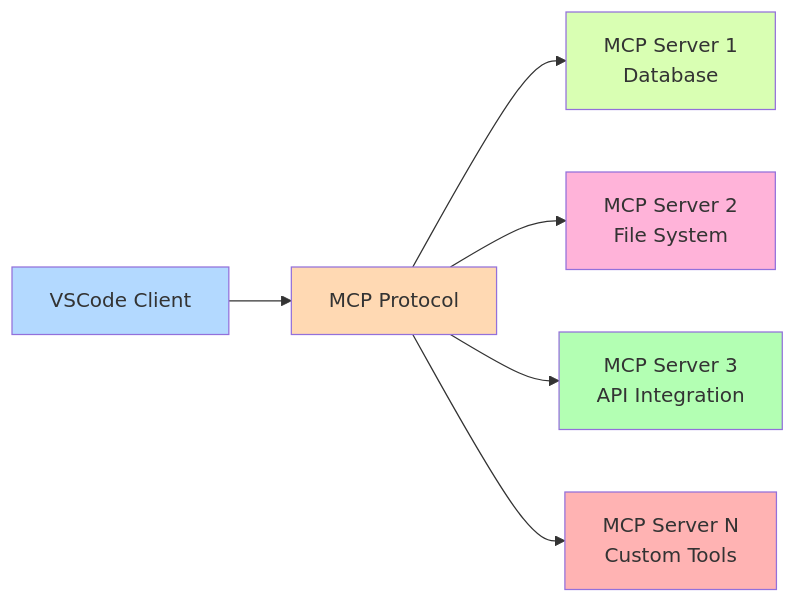
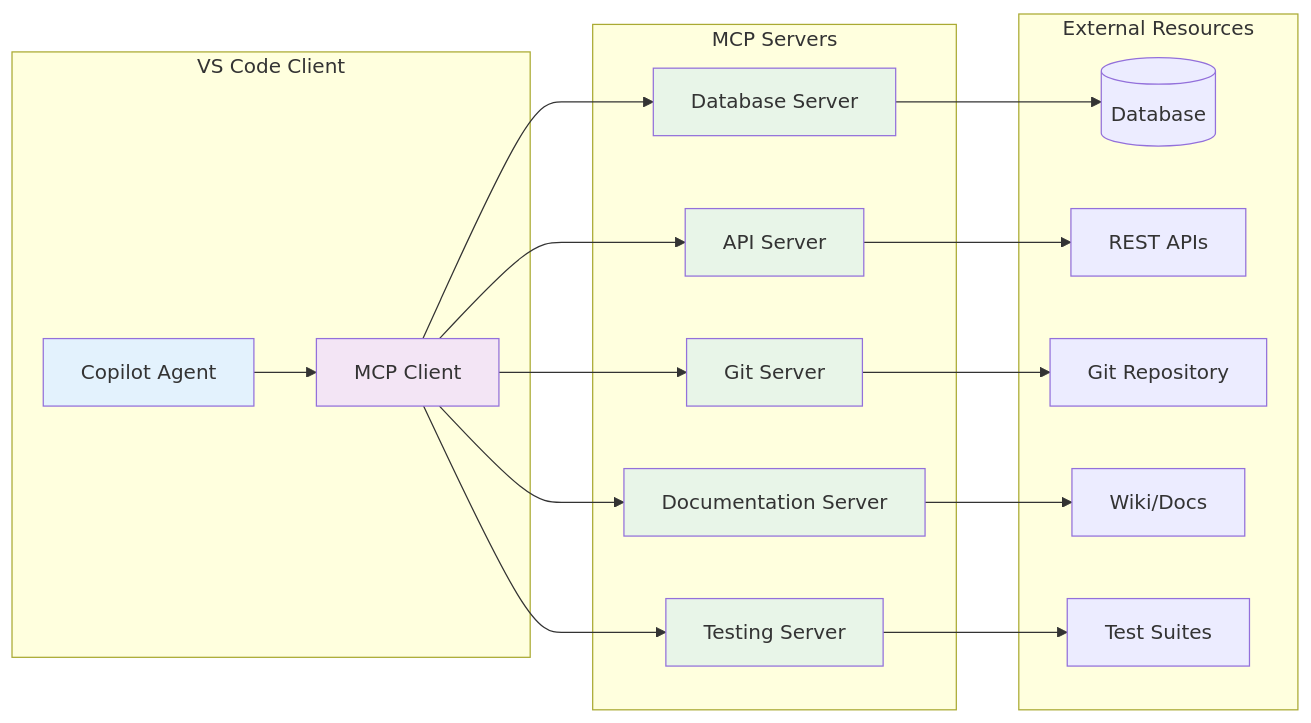
Before and after one commit to raphaelmansuy/tutorials: the sixth of 11 diagrams in 17_intent_based_dev_vs_code_copilot.md, drawn with Mermaid. The commit also changed other lines of this file, not shown here.

````diff
--- a/17_intent_based_dev_vs_code_copilot.md
+++ b/17_intent_based_dev_vs_code_copilot.md
@@ -171,15 +353,36 @@
 ```mermaid
 graph LR
-    A[VSCode Client] --> B[MCP Protocol]
-    B --> C[MCP Server 1<br/>Database]
-    B --> D[MCP Server 2<br/>File System]
-    B --> E[MCP Server 3<br/>API Integration]
-    B --> F[MCP Server N<br/>Custom Tools]
+    subgraph "VS Code Client"
+        A[Copilot Agent] --> B[MCP Client]
+    end
     
-    style A fill:#b3d9ff
-    style B fill:#ffd9b3
-    style C fill:#d9ffb3
-    style D fill:#ffb3d9
-    style E fill:#b3ffb3
-    style F fill:#ffb3b3
+    subgraph "MCP Servers"
+        C[Database Server]
+        D[API Server]
+        E[Git Server]
+        F[Documentation Server]
+        G[Testing Server]
+    end
+    
+    B --> C
+    B --> D
+    B --> E
+    B --> F
+    B --> G
+    
+    subgraph "External Resources"
+        C --> H[(Database)]
+        D --> I[REST APIs]
+        E --> J[Git Repository]
+        F --> K[Wiki/Docs]
+        G --> L[Test Suites]
+    end
+    
+    style A fill:#e3f2fd
+    style B fill:#f3e5f5
+    style C fill:#e8f5e8
+    style D fill:#e8f5e8
+    style E fill:#e8f5e8
+    style F fill:#e8f5e8
+    style G fill:#e8f5e8
 ```
````
